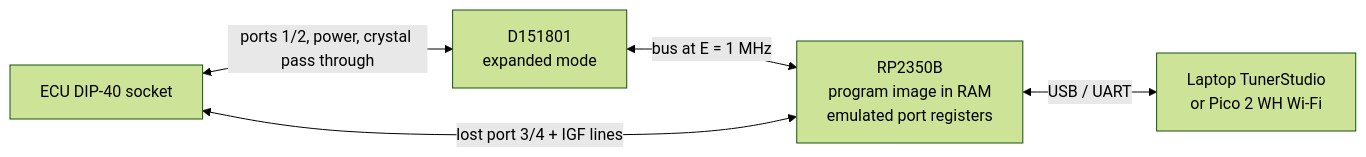
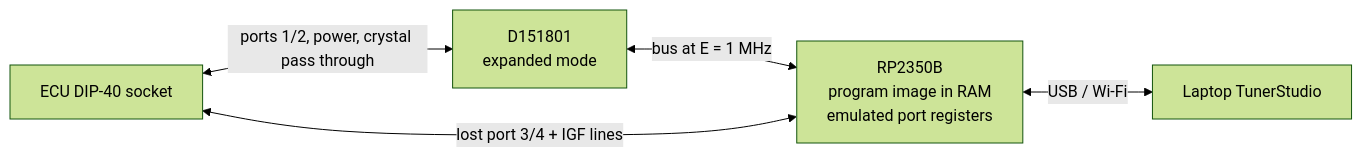
One commit to kurt-culley/Toyota-PCM-hacking changed the fourth of 4 diagrams in docs/RE_PLAN.md. Above: the diagram before and after it, drawn with Mermaid (forest theme). The commit also changed other lines of this file and 3 other files, not shown here.

````diff
--- a/docs/RE_PLAN.md
+++ b/docs/RE_PLAN.md
@@ -340,7 +335,7 @@
 ```mermaid
 flowchart LR
   ECU[ECU DIP-40 socket] <-->|ports 1/2, power, crystal pass through| MCU[D151801<br/>expanded mode]
   MCU <-->|bus at E = 1 MHz| RP[RP2350B<br/>program image in RAM<br/>emulated port registers]
   RP <-->|lost port 3/4 + IGF lines| ECU
-  RP <-->|USB / UART| LINK[Laptop TunerStudio<br/>or Pico 2 WH Wi-Fi]
+  RP <-->|USB / Wi-Fi| LINK[Laptop TunerStudio]
 ```
````
